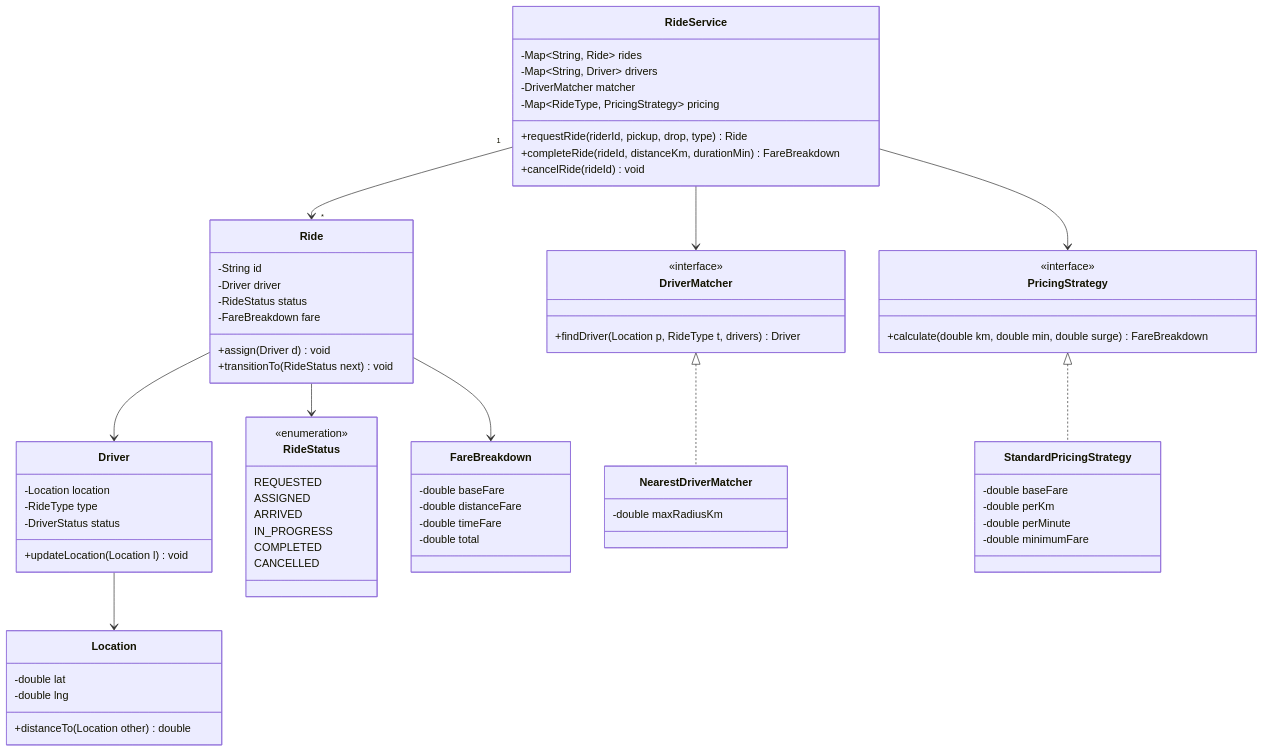
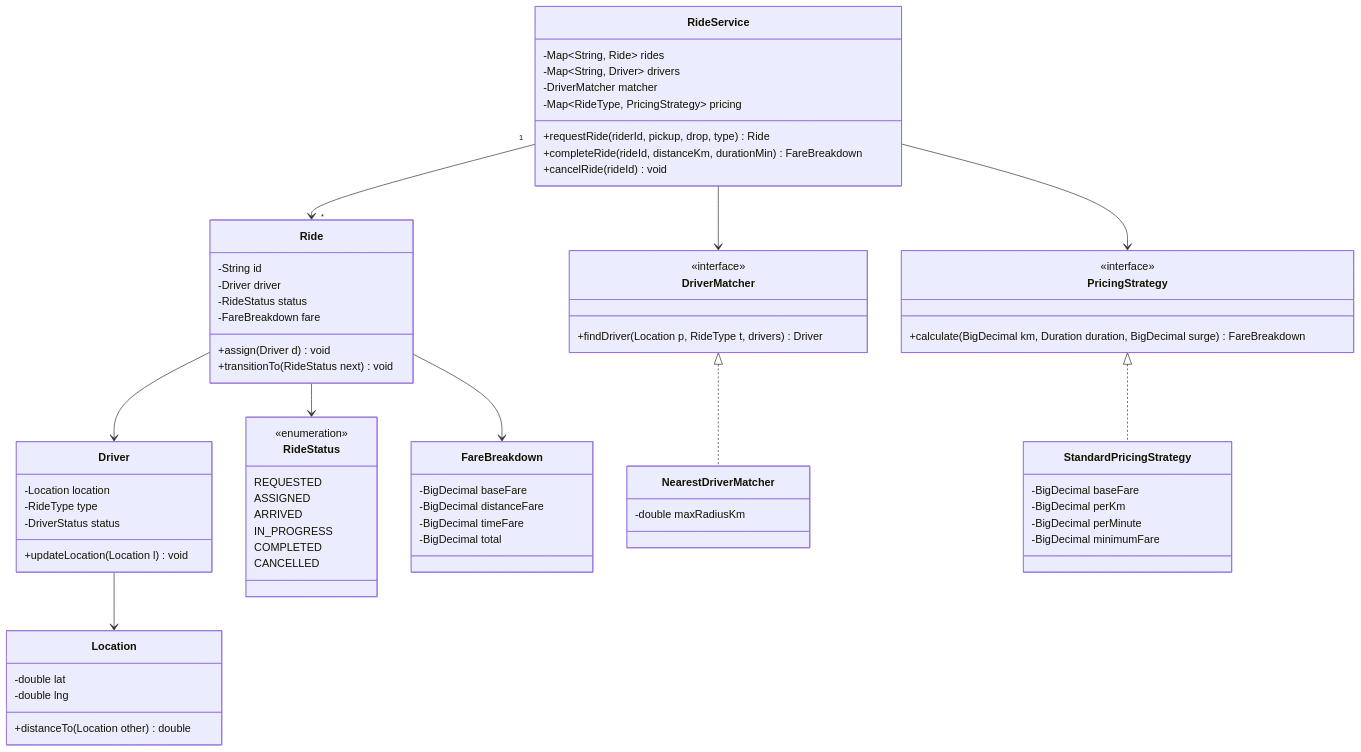
The diagram in src/content/lld-problems/03-booking-and-commerce/04-ride-hailing-service.md (ft-abhishekgupta/interview-prep-suite), drawn with Mermaid before and after one commit. The commit also changed other lines of this file and 307 other files, not shown here.

````diff
--- a/src/content/lld-problems/03-booking-and-commerce/04-ride-hailing-service.md
+++ b/src/content/lld-problems/03-booking-and-commerce/04-ride-hailing-service.md
@@ -53,72 +53,72 @@
 ```mermaid
 classDiagram
     class RideService {
         -Map~String, Ride~ rides
         -Map~String, Driver~ drivers
         -DriverMatcher matcher
         -Map~RideType, PricingStrategy~ pricing
         +requestRide(riderId, pickup, drop, type) Ride
         +completeRide(rideId, distanceKm, durationMin) FareBreakdown
         +cancelRide(rideId) void
     }
     class Ride {
         -String id
         -Driver driver
         -RideStatus status
         -FareBreakdown fare
         +assign(Driver d) void
         +transitionTo(RideStatus next) void
     }
     class RideStatus {
         <<enumeration>>
         REQUESTED
         ASSIGNED
         ARRIVED
         IN_PROGRESS
         COMPLETED
         CANCELLED
     }
     class Driver {
         -Location location
         -RideType type
         -DriverStatus status
         +updateLocation(Location l) void
     }
     class Location {
         -double lat
         -double lng
         +distanceTo(Location other) double
     }
     class DriverMatcher {
         <<interface>>
         +findDriver(Location p, RideType t, drivers) Driver
     }
     class NearestDriverMatcher {
         -double maxRadiusKm
     }
     class PricingStrategy {
         <<interface>>
-        +calculate(double km, double min, double surge) FareBreakdown
+        +calculate(BigDecimal km, Duration duration, BigDecimal surge) FareBreakdown
     }
     class StandardPricingStrategy {
-        -double baseFare
-        -double perKm
-        -double perMinute
-        -double minimumFare
+        -BigDecimal baseFare
+        -BigDecimal perKm
+        -BigDecimal perMinute
+        -BigDecimal minimumFare
     }
     class FareBreakdown {
-        -double baseFare
-        -double distanceFare
-        -double timeFare
-        -double total
+        -BigDecimal baseFare
+        -BigDecimal distanceFare
+        -BigDecimal timeFare
+        -BigDecimal total
     }
     DriverMatcher <|.. NearestDriverMatcher
     PricingStrategy <|.. StandardPricingStrategy
     RideService "1" --> "*" Ride
     RideService --> DriverMatcher
     RideService --> PricingStrategy
     Ride --> Driver
     Ride --> RideStatus
     Ride --> FareBreakdown
     Driver --> Location
 ```
````
